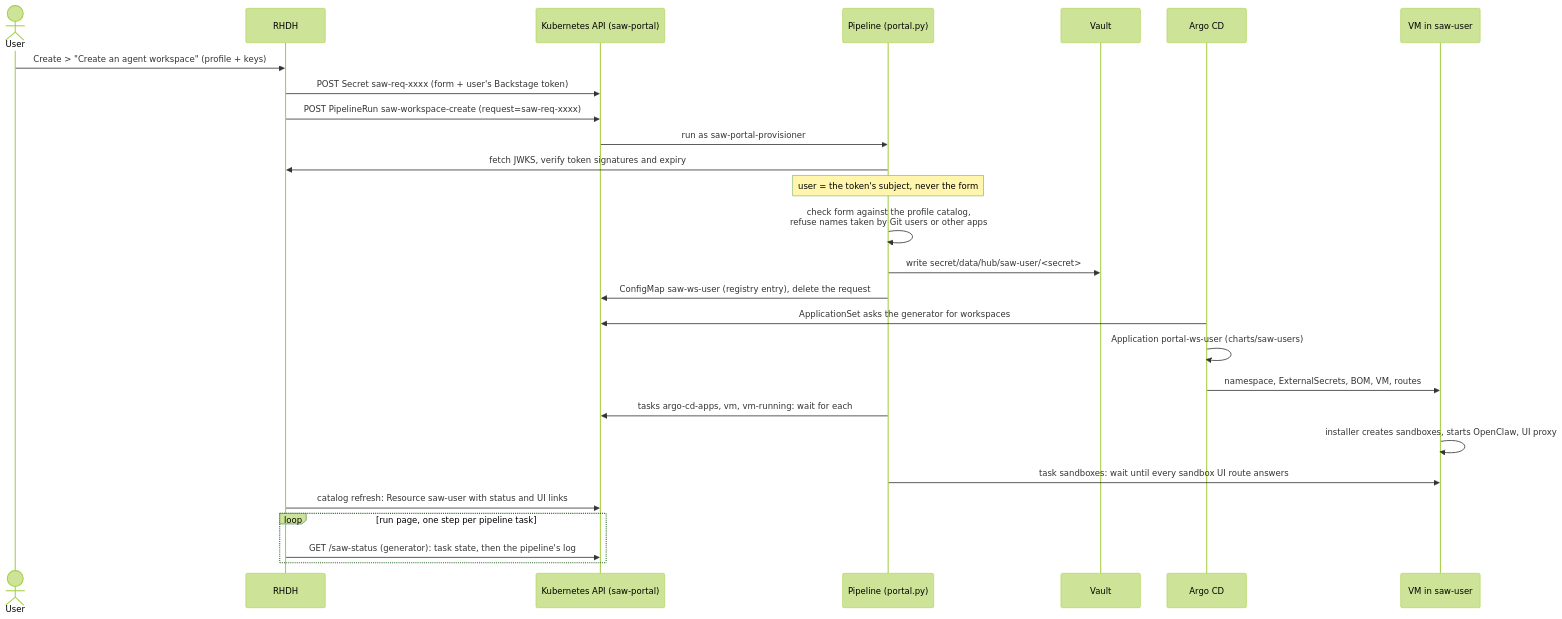
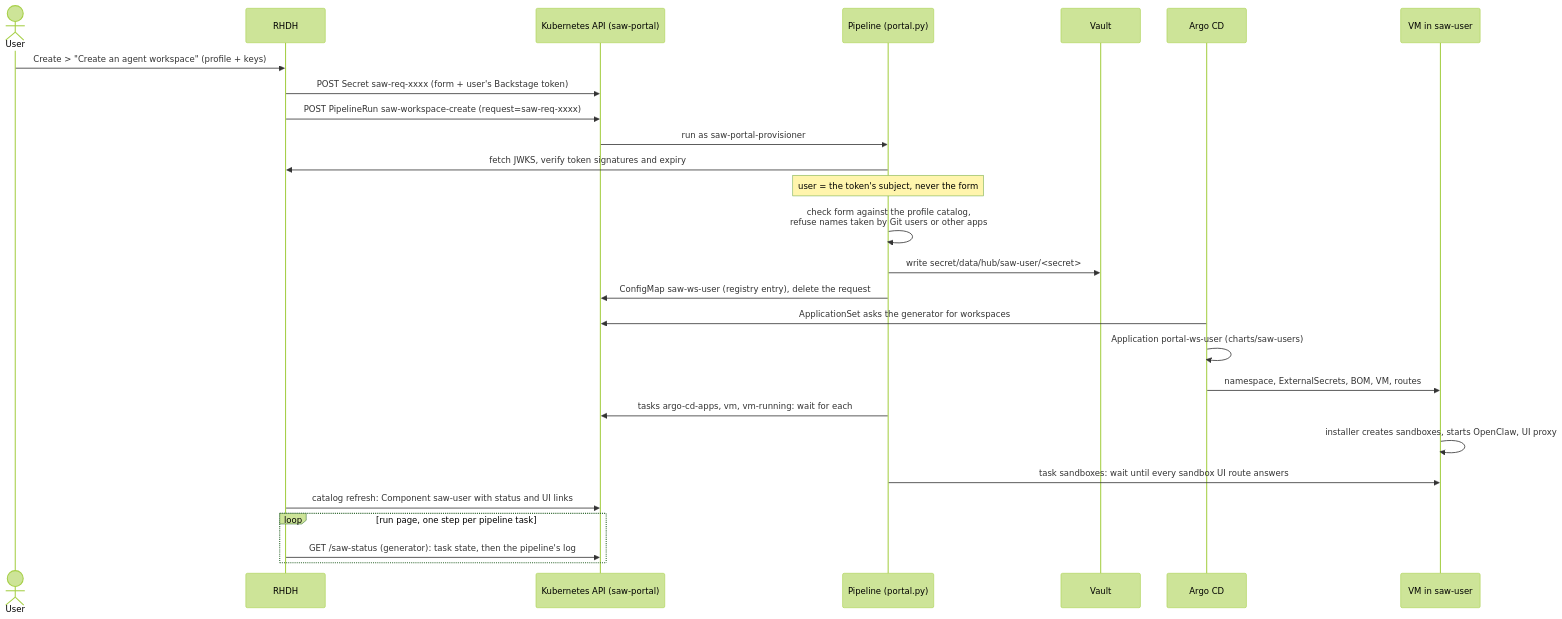
The second of 3 diagrams in docs/rhdh-architecture.md (Hadar301/secure-agent-workspace), drawn with Mermaid (forest theme) before and after one commit. The commit also changed other lines of this file and 14 other files, not shown here.

````diff
--- a/docs/rhdh-architecture.md
+++ b/docs/rhdh-architecture.md
@@ -76,30 +76,30 @@
 ```mermaid
 sequenceDiagram
   actor U as User
   participant R as RHDH
   participant K as Kubernetes API (saw-portal)
   participant P as Pipeline (portal.py)
   participant V as Vault
   participant A as Argo CD
   participant VM as VM in saw-user
 
   U->>R: Create > "Create an agent workspace" (profile + keys)
   R->>K: POST Secret saw-req-xxxx (form + user's Backstage token)
   R->>K: POST PipelineRun saw-workspace-create (request=saw-req-xxxx)
   K->>P: run as saw-portal-provisioner
   P->>R: fetch JWKS, verify token signatures and expiry
   Note over P: user = the token's subject, never the form
   P->>P: check form against the profile catalog,<br/>refuse names taken by Git users or other apps
   P->>V: write secret/data/hub/saw-user/<secret>
   P->>K: ConfigMap saw-ws-user (registry entry), delete the request
   A->>K: ApplicationSet asks the generator for workspaces
   A->>A: Application portal-ws-user (charts/saw-users)
   A->>VM: namespace, ExternalSecrets, BOM, VM, routes
   P->>K: tasks argo-cd-apps, vm, vm-running: wait for each
   VM->>VM: installer creates sandboxes, starts OpenClaw, UI proxy
   P->>VM: task sandboxes: wait until every sandbox UI route answers
-  R->>K: catalog refresh: Resource saw-user with status and UI links
+  R->>K: catalog refresh: Component saw-user with status and UI links
   loop run page, one step per pipeline task
     R->>K: GET /saw-status (generator): task state, then the pipeline's log
   end
 ```
````
